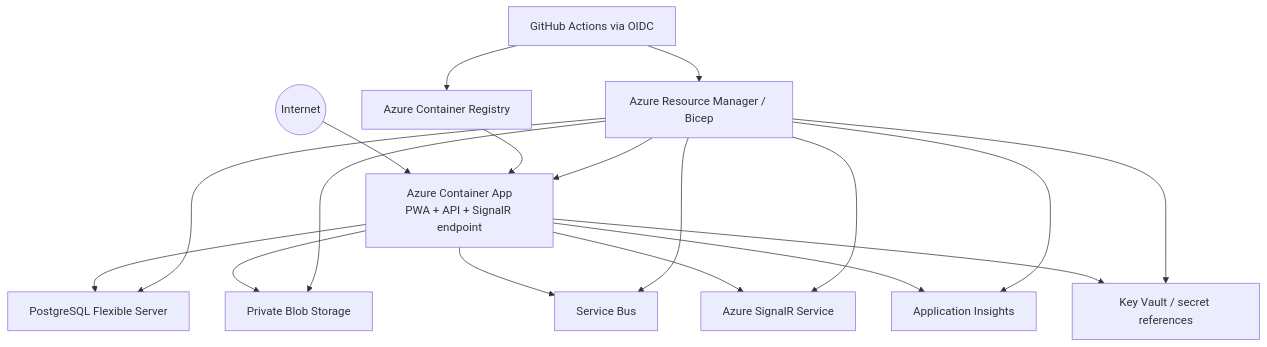
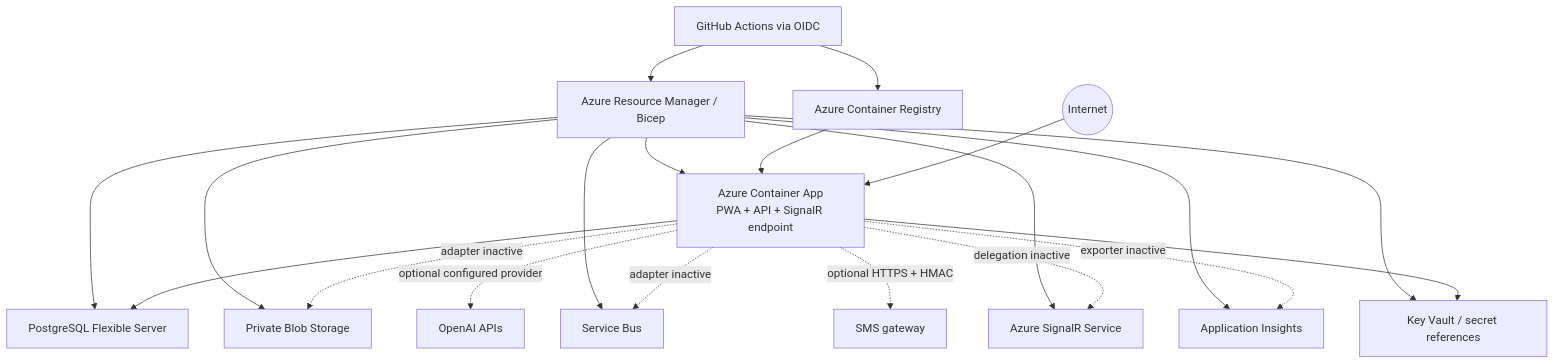
The sixth of 6 diagrams in docs/ARCHITECTURE.md (smahala093/Golden-Hour-AI), drawn with Mermaid before and after one commit. The commit also changed other lines of this file and 84 other files, not shown here.

````diff
--- a/docs/ARCHITECTURE.md
+++ b/docs/ARCHITECTURE.md
@@ -183,20 +181,22 @@
 ```mermaid
 flowchart TB
     Internet((Internet)) --> ACA["Azure Container App\nPWA + API + SignalR endpoint"]
     ACA --> PG["PostgreSQL Flexible Server"]
-    ACA --> Blob["Private Blob Storage"]
-    ACA --> SB["Service Bus"]
-    ACA --> ASR["Azure SignalR Service"]
-    ACA --> AppI["Application Insights"]
+    ACA -. "adapter inactive" .-> Blob["Private Blob Storage"]
+    ACA -. "adapter inactive" .-> SB["Service Bus"]
+    ACA -. "delegation inactive" .-> ASR["Azure SignalR Service"]
+    ACA -. "exporter inactive" .-> AppI["Application Insights"]
+    ACA -. "optional configured provider" .-> OpenAI["OpenAI APIs"]
+    ACA -. "optional HTTPS + HMAC" .-> SMS["SMS gateway"]
     ACA --> KV["Key Vault / secret references"]
     ACR["Azure Container Registry"] --> ACA
     GH["GitHub Actions via OIDC"] --> ACR
     GH --> ARM["Azure Resource Manager / Bicep"]
     ARM --> ACA
     ARM --> PG
     ARM --> Blob
     ARM --> SB
     ARM --> ASR
     ARM --> AppI
     ARM --> KV
 ```
````
